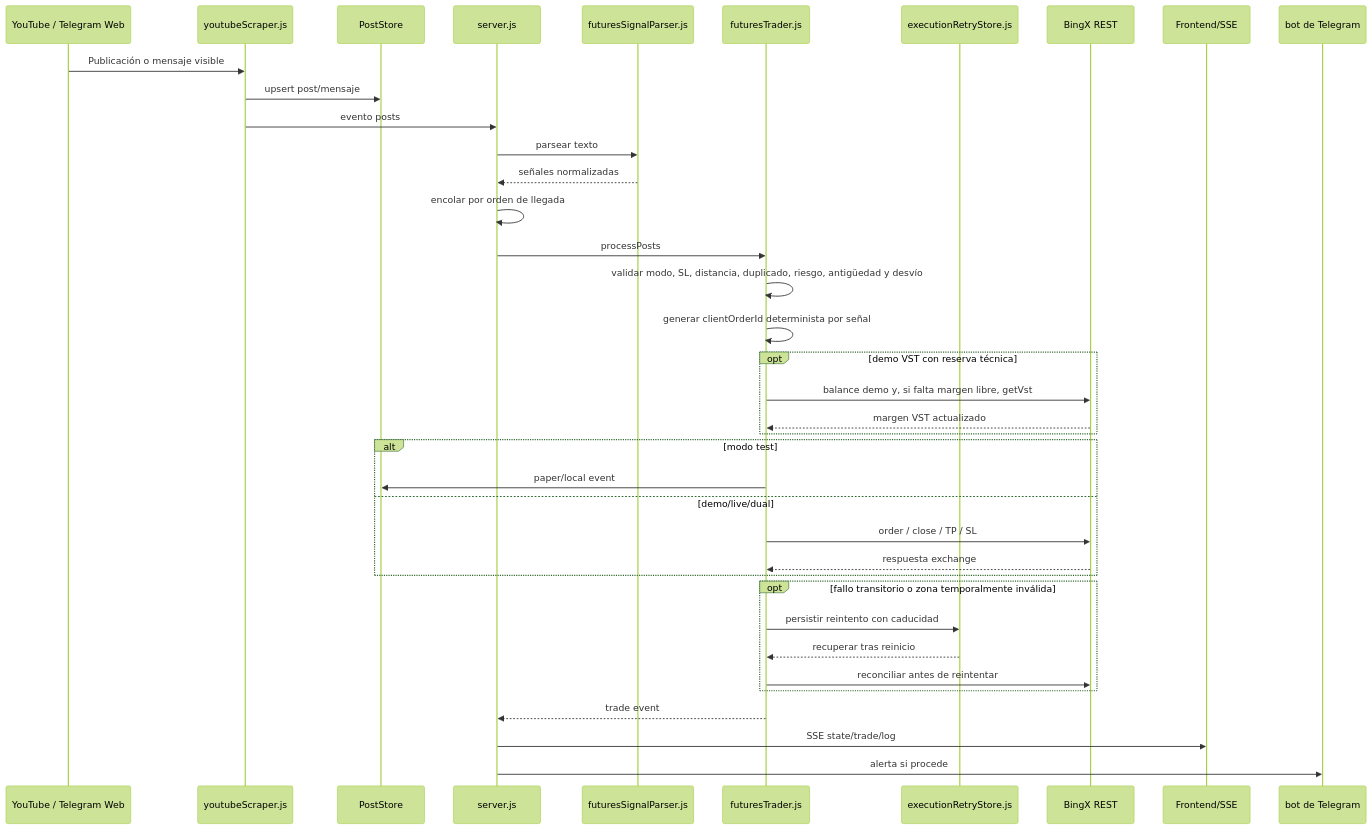
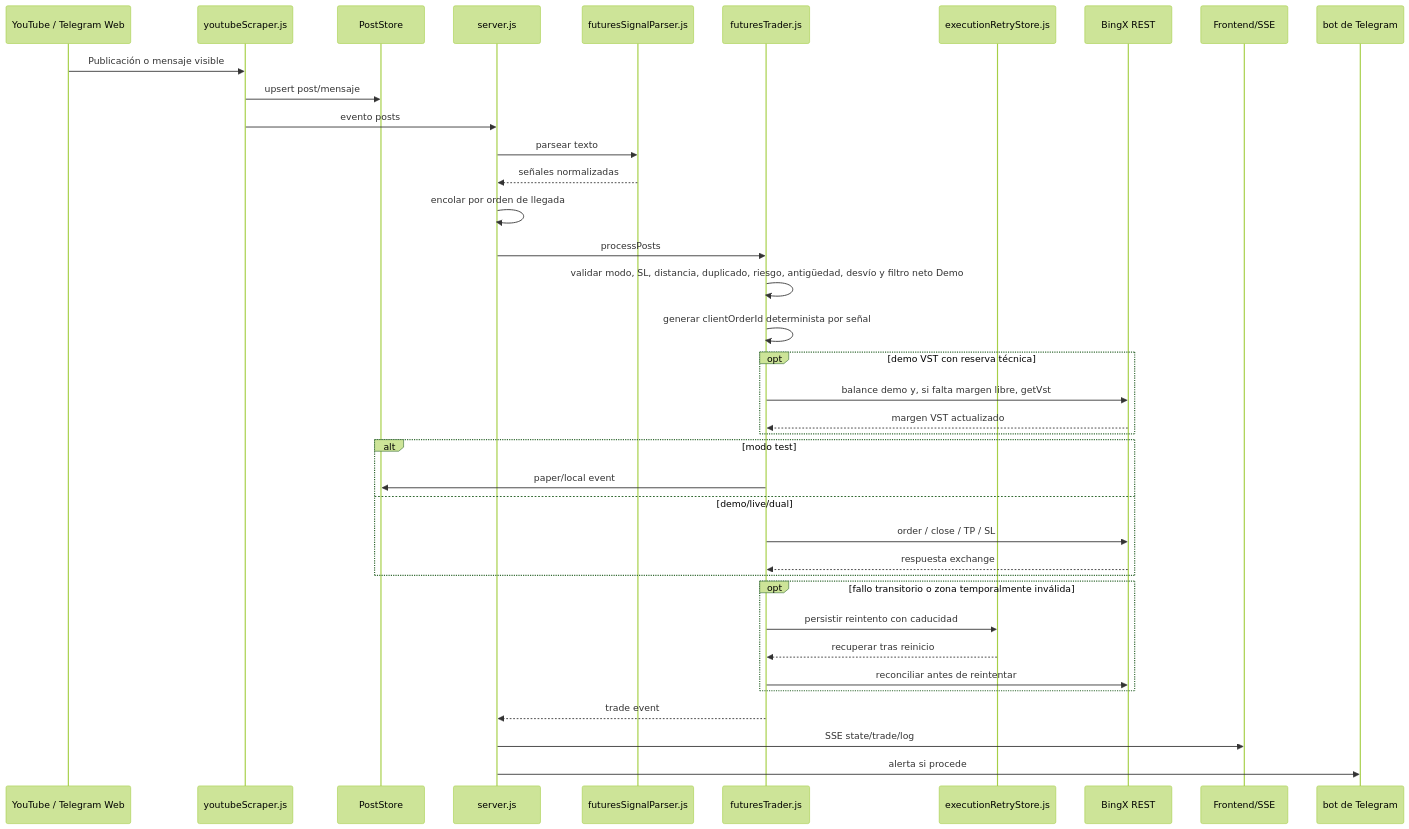
Before and after one commit to JotaTerrasa/yt-members-signal-trader: the second of 3 diagrams in docs/ARCHITECTURE.md, drawn with Mermaid (forest theme). The commit also changed other lines of this file and 8 other files, not shown here.

````diff
--- a/docs/ARCHITECTURE.md
+++ b/docs/ARCHITECTURE.md
@@ -52,41 +52,41 @@
 ```mermaid
 sequenceDiagram
   participant Source as YouTube / Telegram Web
   participant Scraper as youtubeScraper.js
   participant Store as PostStore
   participant Server as server.js
   participant Parser as futuresSignalParser.js
   participant Trader as futuresTrader.js
   participant Retry as executionRetryStore.js
   participant BingX as BingX REST
   participant UI as Frontend/SSE
   participant Bot as bot de Telegram
 
   Source->>Scraper: Publicación o mensaje visible
   Scraper->>Store: upsert post/mensaje
   Scraper->>Server: evento posts
   Server->>Parser: parsear texto
   Parser-->>Server: señales normalizadas
   Server->>Server: encolar por orden de llegada
   Server->>Trader: processPosts
-  Trader->>Trader: validar modo, SL, distancia, duplicado, riesgo, antigüedad y desvío
+  Trader->>Trader: validar modo, SL, distancia, duplicado, riesgo, antigüedad, desvío y filtro neto Demo
   Trader->>Trader: generar clientOrderId determinista por señal
   opt demo VST con reserva técnica
     Trader->>BingX: balance demo y, si falta margen libre, getVst
     BingX-->>Trader: margen VST actualizado
   end
   alt modo test
     Trader->>Store: paper/local event
   else demo/live/dual
     Trader->>BingX: order / close / TP / SL
     BingX-->>Trader: respuesta exchange
   end
   opt fallo transitorio o zona temporalmente inválida
     Trader->>Retry: persistir reintento con caducidad
     Retry-->>Trader: recuperar tras reinicio
     Trader->>BingX: reconciliar antes de reintentar
   end
   Trader-->>Server: trade event
   Server->>UI: SSE state/trade/log
   Server->>Bot: alerta si procede
 ```
````
